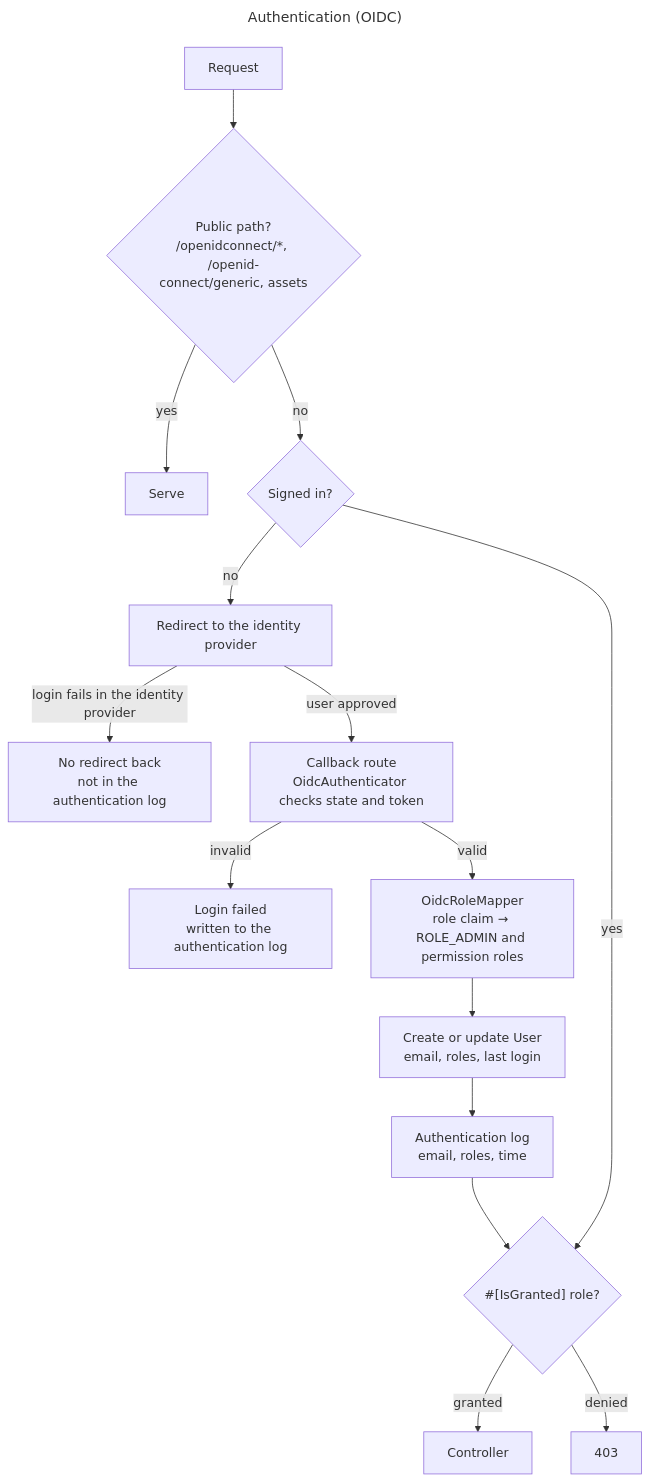
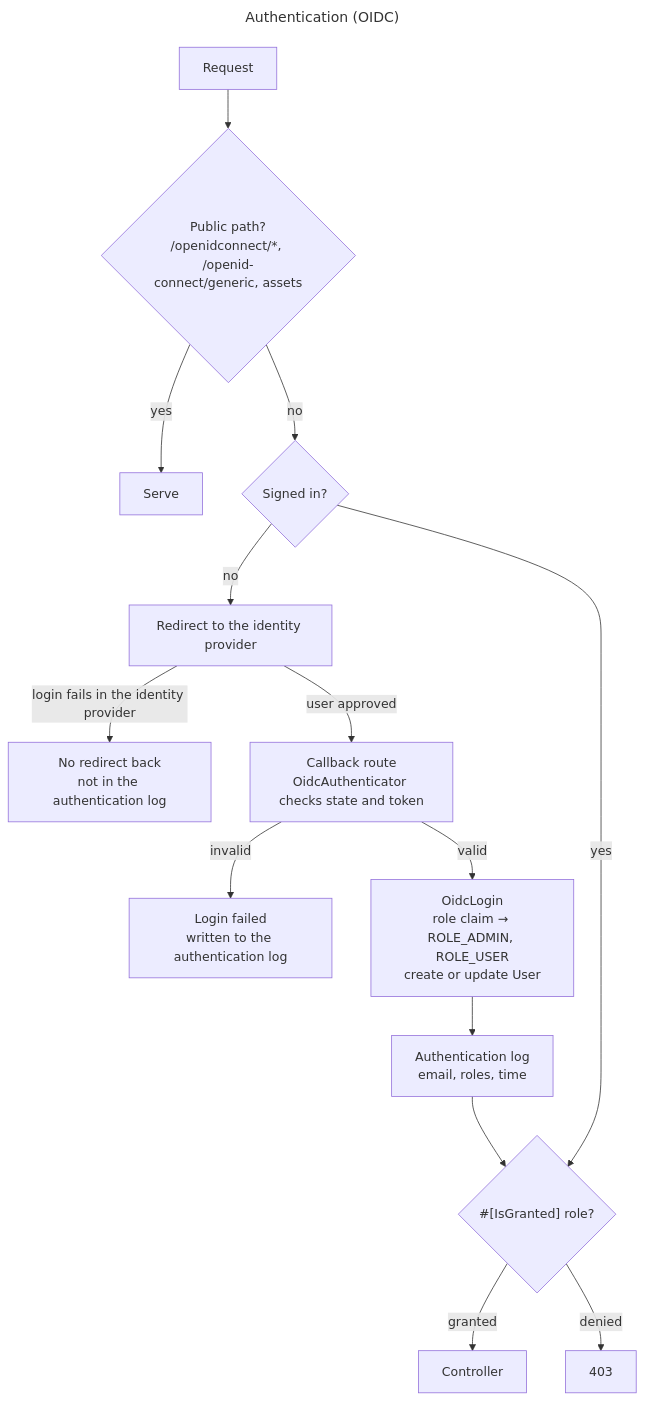
One commit to itk-dev/koerselsoverblik changed the seventh of 7 diagrams in docs/architecture.md. Above: the diagram before and after it, drawn with Mermaid. The commit also changed other lines of this file and 16 other files, not shown here.

First line of the commit message:
refactor: map the Entra ID roles with the role hierarchy

````diff
--- a/docs/architecture.md
+++ b/docs/architecture.md
@@ -1155,22 +1155,21 @@
 ```mermaid
 ---
 title: Authentication (OIDC)
 ---
 flowchart TD
     request["Request"] --> public{"Public path?<br/>/openidconnect/*, /openid-connect/generic, assets"}
     public -- yes --> serve["Serve"]
     public -- no --> session{"Signed in?"}
 
     session -- no --> idp["Redirect to the identity provider"]
     idp -- "login fails in the identity provider" --> idpfail["No redirect back<br/>not in the authentication log"]
     idp -- "user approved" --> callback["Callback route<br/>OidcAuthenticator checks state and token"]
     callback -- invalid --> fail["Login failed<br/>written to the authentication log"]
-    callback -- valid --> mapper["OidcRoleMapper<br/>role claim → ROLE_ADMIN and permission roles"]
-    mapper --> user["Create or update User<br/>email, roles, last login"]
+    callback -- valid --> user["OidcLogin<br/>role claim → ROLE_ADMIN, ROLE_USER<br/>create or update User"]
     user --> log["Authentication log<br/>email, roles, time"]
     log --> guard
 
     session -- yes --> guard{"#[IsGranted] role?"}
     guard -- granted --> controller["Controller"]
     guard -- denied --> forbidden["403"]
 ```
````
